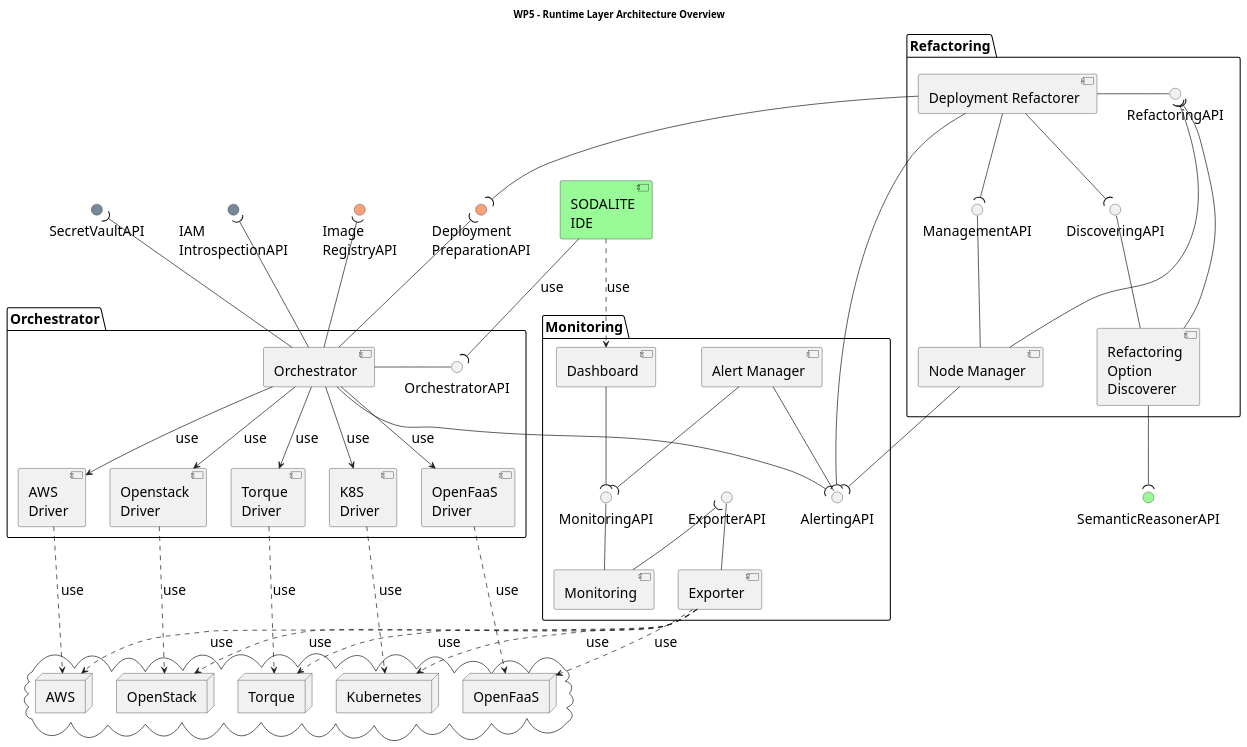
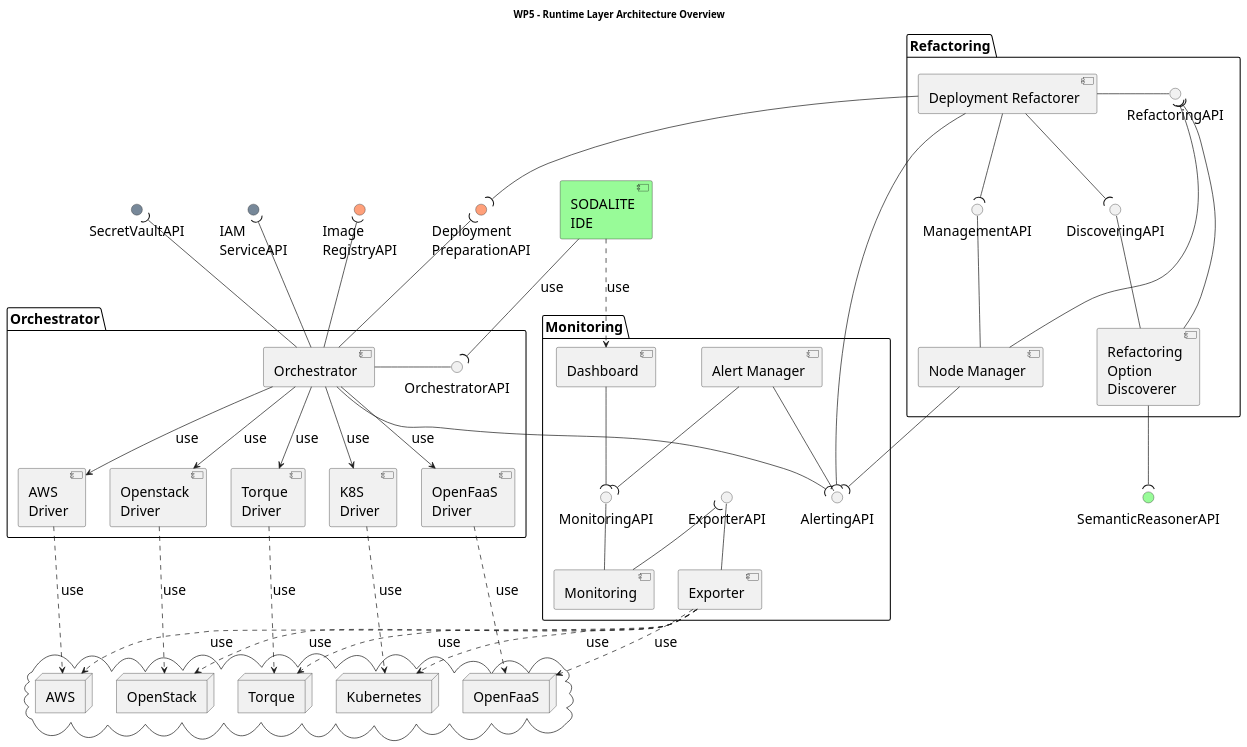
Before and after one commit to SODALITE-EU/project-wide-documentation: the diagram in uml/component-diagrams/CD-WP5-ArchitectureOverview.puml, drawn with PlantUML.

Commit message:
Renamed IAMIntrospectionAPI to IAMServiceAPI
Renamed IAMIntrospectionAPI to IAMServiceAPI

```diff
--- a/uml/component-diagrams/CD-WP5-ArchitectureOverview.puml
+++ b/uml/component-diagrams/CD-WP5-ArchitectureOverview.puml
@@ -1,110 +1,110 @@
 @startuml
 
 title WP5 - Runtime Layer Architecture Overview
 
 skinparam fixCircleLabelOverlapping true 
 skinparam defaultFontSize 20
 
 [SODALITE\nIDE] as ide #PaleGreen
 interface "SemanticReasonerAPI" as sem #PaleGreen
 
 package "Orchestrator" as orch {
     component [Orchestrator] as orch_impl
     interface "OrchestratorAPI" as orch_if
     component [Openstack\nDriver] as os_driver
     component [K8S\nDriver] as k8s_driver
     component [Torque\nDriver] as torque_driver
     component [OpenFaaS\nDriver] as faas_driver
     component [AWS\nDriver] as aws_driver
     orch_impl - orch_if
 }
 
 package "Monitoring" as mon {
     [Monitoring] as mon_impl
     () "MonitoringAPI" as mon_if
     [Dashboard] as dash
     [Exporter] as exp
     () "ExporterAPI" as exp_if
     [Alert Manager] as alert_mngr
     () "AlertingAPI"  as alert_if
     mon_impl -u- mon_if
     exp -u- exp_if
     alert_mngr -d- alert_if
 }
 
 package "Refactoring" as refactor {
     interface "RefactoringAPI" as ref_if
     interface "DiscoveringAPI" as dis_if
     interface "ManagementAPI" as mng_if
     component [Deployment Refactorer] as ref_depl
     component [Refactoring\nOption\nDiscoverer] as ref_opt
     component [Node Manager] as ref_node
     dis_if -d- ref_opt
     mng_if -d- ref_node
     ref_if - ref_depl
 }
 
 cloud {
     node OpenStack
     node Kubernetes as K8S
     node Torque
     node OpenFaaS
     node AWS
 }
 
 'WP4 APIs
 interface "Deployment\nPreparationAPI" as depl_prep #LightSalmon
 interface "Image\nRegistryAPI" as image_reg #LightSalmon
 
 'Security APIs
-interface "IAM\nIntrospectionAPI" as IAMApi #LightSlateGrey
+interface "IAM\nServiceAPI" as IAMApi #LightSlateGrey
 interface "SecretVaultAPI" as VaultAPI #LightSlateGrey
 
 
 
 'Monitoring
 mon_impl -u-( exp_if
 dash --( mon_if
 alert_mngr --( mon_if
 
 
 'Refactoring
 ref_opt --( ref_if
 ref_node --( ref_if
 ref_opt --( sem
 
 ref_depl --( mng_if
 ref_depl --( dis_if
 ref_depl --( depl_prep
 
 ref_node --( alert_if
 ref_depl --( alert_if
 orch_impl --( alert_if
 
 
 orch_impl --> os_driver : use
 orch_impl --> k8s_driver : use
 orch_impl --> torque_driver : use
 orch_impl --> aws_driver : use
 orch_impl --> faas_driver : use
 
 orch_impl -u-( depl_prep
 orch_impl -u-( image_reg
 orch_impl -u-( IAMApi
 orch_impl -u-( VaultAPI
 
 os_driver ..> OpenStack : use
 k8s_driver ..> K8S : use
 faas_driver ..> OpenFaaS : use
 aws_driver ..> AWS : use
 torque_driver ..> Torque : use
 
 exp .d.> OpenStack : use
 exp .d.> K8S : use
 exp .d.> Torque : use
 exp .d.> OpenFaaS : use
 exp .d.> AWS : use
 
 ide --( orch_if : use
 ide ..> dash : use
 @enduml
```
